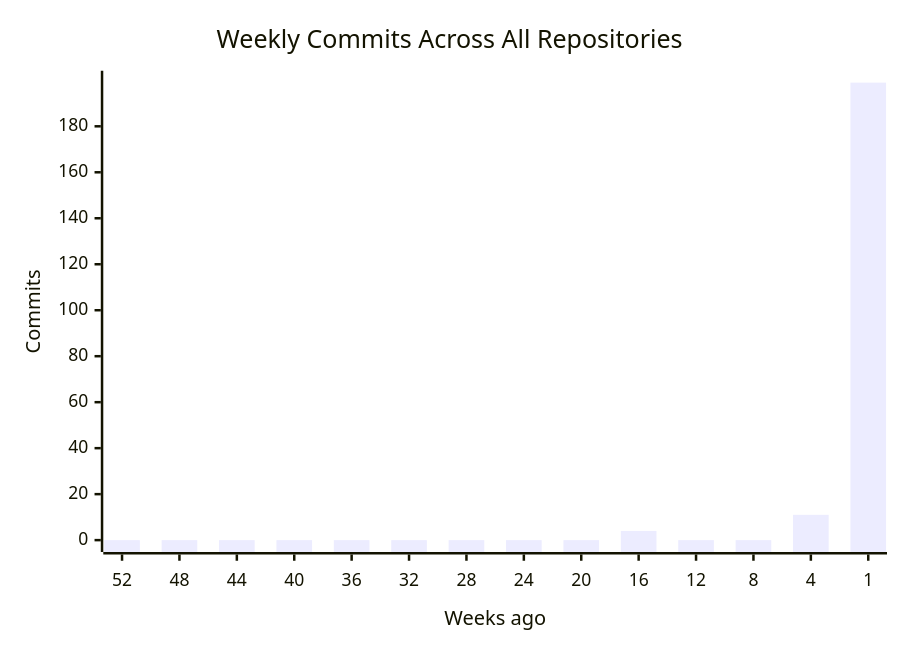
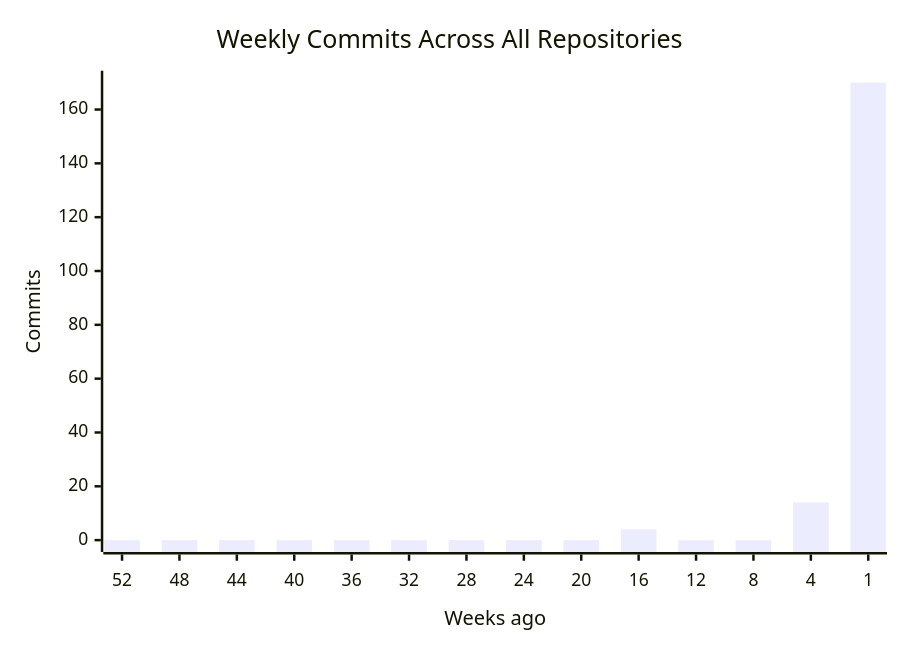
Before and after one commit to CSTH-Projects/.github: the first of 4 diagrams in profile/README.md, drawn with Mermaid. The commit also changed other lines of this file, not shown here.

````diff
--- a/profile/README.md
+++ b/profile/README.md
@@ -16,7 +16,7 @@
 ```mermaid
 xychart-beta
     title "Weekly Commits Across All Repositories"
     x-axis "Weeks ago" [52, 48, 44, 40, 36, 32, 28, 24, 20, 16, 12, 8, 4, 1]
     y-axis "Commits"
-    bar [0, 0, 0, 0, 0, 0, 0, 0, 0, 4, 0, 0, 11, 199]
+    bar [0, 0, 0, 0, 0, 0, 0, 0, 0, 4, 0, 0, 14, 170]
 ```
````
